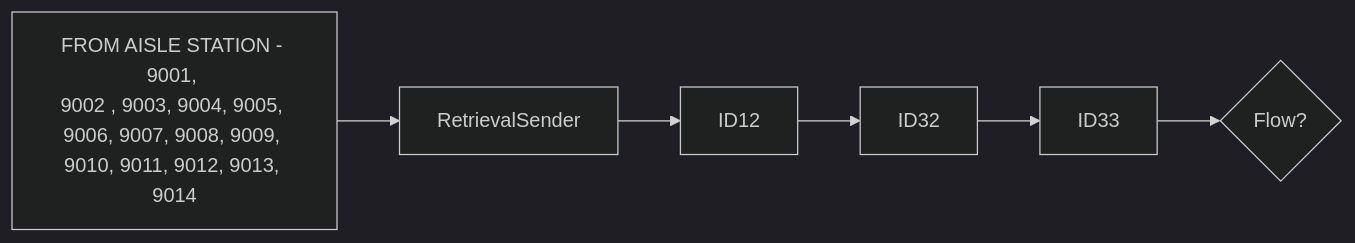
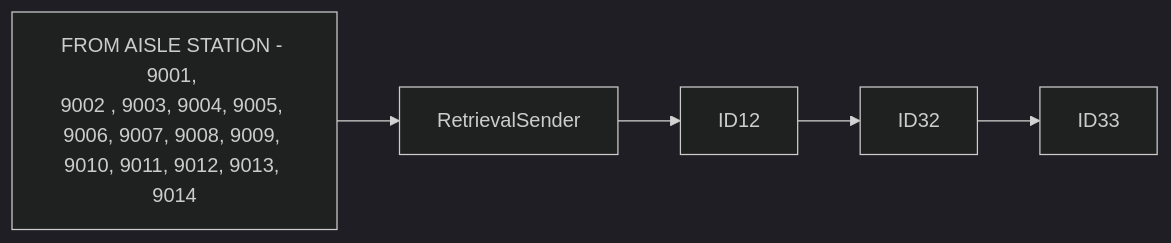
Before and after one commit to luthfiadityaa/SimeDarby-Wiki: the first of 18 diagrams in Basic-Design/DFD-WMS/Retrieval/QC-Setting/Retrieval-for-QC-Start.md, drawn with Mermaid (dark theme).

Commit message:
Updated Retrieval for QC Start

```diff
--- a/Basic-Design/DFD-WMS/Retrieval/QC-Setting/Retrieval-for-QC-Start.md
+++ b/Basic-Design/DFD-WMS/Retrieval/QC-Setting/Retrieval-for-QC-Start.md
@@ -5,9 +5,9 @@
 ::: mermaid
 flowchart LR
 
 P1[FROM AISLE STATION - 9001, 
 9002 , 9003, 9004, 9005, 
 9006, 9007, 9008, 9009, 
 9010, 9011, 9012, 9013, 
-9014]-->P2[RetrievalSender]-->P21[ID12]-->P3[ID32]-->P4[ID33]-->Cond1{Flow?} 
+9014]-->P2[RetrievalSender]-->P21[ID12]-->P3[ID32]-->P4[ID33]
 :::
```
